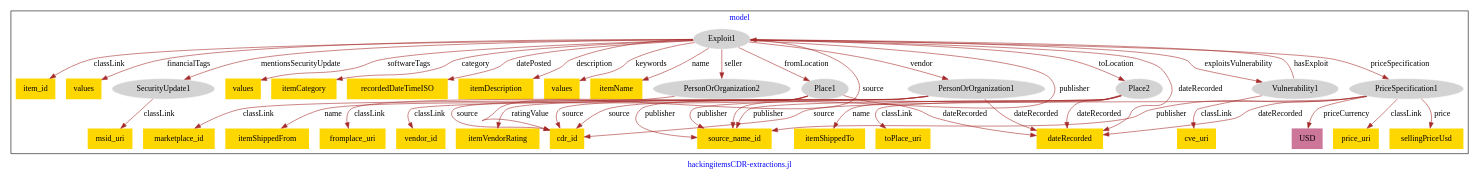
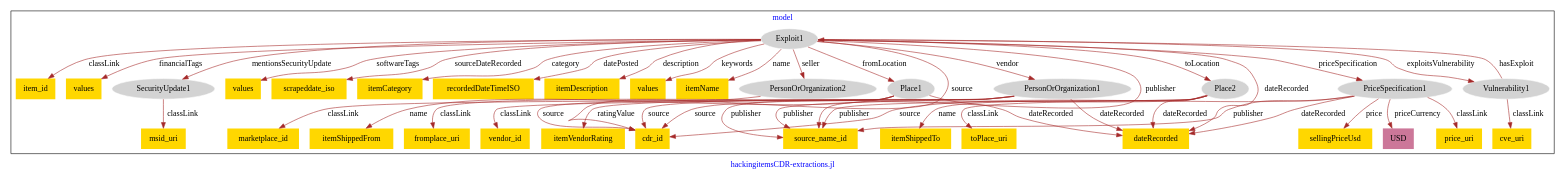
One commit to usc-isi-i2/effect-alignment changed the diagram in models/asu-hacking-items/hacking_items-model.dot. Above: the diagram before and after it, drawn with Graphviz.

Commit message:
Update file hacking_items-model.dot

```diff
--- a/models/asu-hacking-items/hacking_items-model.dot
+++ b/models/asu-hacking-items/hacking_items-model.dot
@@ -1,82 +1,84 @@
 digraph n0 {
 fontcolor="blue"
 remincross="true"
 label="hackingitemsCDR-extractions.jl"
 subgraph cluster {
 label="model"
 n2[style="filled",color="white",fillcolor="lightgray",label="Exploit1"];
 n3[shape="plaintext",style="filled",fillcolor="gold",label="item_id"];
 n4[shape="plaintext",style="filled",fillcolor="gold",label="values"];
 n5[style="filled",color="white",fillcolor="lightgray",label="SecurityUpdate1"];
 n6[shape="plaintext",style="filled",fillcolor="gold",label="values"];
-n7[shape="plaintext",style="filled",fillcolor="gold",label="itemCategory"];
-n8[shape="plaintext",style="filled",fillcolor="gold",label="recordedDateTimeISO"];
-n9[shape="plaintext",style="filled",fillcolor="gold",label="itemDescription"];
-n10[shape="plaintext",style="filled",fillcolor="gold",label="values"];
-n11[shape="plaintext",style="filled",fillcolor="gold",label="itemName"];
-n12[style="filled",color="white",fillcolor="lightgray",label="PersonOrOrganization1"];
-n13[shape="plaintext",style="filled",fillcolor="gold",label="vendor_id"];
-n14[shape="plaintext",style="filled",fillcolor="gold",label="itemVendorRating"];
-n15[shape="plaintext",style="filled",fillcolor="gold",label="cdr_id"];
-n16[style="filled",color="white",fillcolor="lightgray",label="PersonOrOrganization2"];
-n17[shape="plaintext",style="filled",fillcolor="gold",label="marketplace_id"];
-n18[shape="plaintext",style="filled",fillcolor="gold",label="msid_uri"];
-n19[style="filled",color="white",fillcolor="lightgray",label="Vulnerability1"];
-n20[shape="plaintext",style="filled",fillcolor="gold",label="cve_uri"];
-n21[style="filled",color="white",fillcolor="lightgray",label="Place1"];
-n22[shape="plaintext",style="filled",fillcolor="gold",label="fromplace_uri"];
-n23[shape="plaintext",style="filled",fillcolor="gold",label="itemShippedFrom"];
-n24[style="filled",color="white",fillcolor="lightgray",label="Place2"];
-n25[shape="plaintext",style="filled",fillcolor="gold",label="toPlace_uri"];
-n26[shape="plaintext",style="filled",fillcolor="gold",label="itemShippedTo"];
-n27[style="filled",color="white",fillcolor="lightgray",label="PriceSpecification1"];
-n28[shape="plaintext",style="filled",fillcolor="gold",label="price_uri"];
-n29[shape="plaintext",style="filled",fillcolor="gold",label="sellingPriceUsd"];
-n30[shape="plaintext",style="filled",fillcolor="#CC7799",label="USD"];
-n31[shape="plaintext",style="filled",fillcolor="gold",label="source_name_id"];
-n32[shape="plaintext",style="filled",fillcolor="gold",label="dateRecorded"];
+n7[shape="plaintext",style="filled",fillcolor="gold",label="scrapeddate_iso"];
+n8[shape="plaintext",style="filled",fillcolor="gold",label="itemCategory"];
+n9[shape="plaintext",style="filled",fillcolor="gold",label="recordedDateTimeISO"];
+n10[shape="plaintext",style="filled",fillcolor="gold",label="itemDescription"];
+n11[shape="plaintext",style="filled",fillcolor="gold",label="values"];
+n12[shape="plaintext",style="filled",fillcolor="gold",label="itemName"];
+n13[style="filled",color="white",fillcolor="lightgray",label="PersonOrOrganization1"];
+n14[shape="plaintext",style="filled",fillcolor="gold",label="vendor_id"];
+n15[shape="plaintext",style="filled",fillcolor="gold",label="itemVendorRating"];
+n16[shape="plaintext",style="filled",fillcolor="gold",label="cdr_id"];
+n17[style="filled",color="white",fillcolor="lightgray",label="PersonOrOrganization2"];
+n18[shape="plaintext",style="filled",fillcolor="gold",label="marketplace_id"];
+n19[shape="plaintext",style="filled",fillcolor="gold",label="msid_uri"];
+n20[style="filled",color="white",fillcolor="lightgray",label="Vulnerability1"];
+n21[shape="plaintext",style="filled",fillcolor="gold",label="cve_uri"];
+n22[style="filled",color="white",fillcolor="lightgray",label="Place1"];
+n23[shape="plaintext",style="filled",fillcolor="gold",label="fromplace_uri"];
+n24[shape="plaintext",style="filled",fillcolor="gold",label="itemShippedFrom"];
+n25[style="filled",color="white",fillcolor="lightgray",label="Place2"];
+n26[shape="plaintext",style="filled",fillcolor="gold",label="toPlace_uri"];
+n27[shape="plaintext",style="filled",fillcolor="gold",label="itemShippedTo"];
+n28[style="filled",color="white",fillcolor="lightgray",label="PriceSpecification1"];
+n29[shape="plaintext",style="filled",fillcolor="gold",label="price_uri"];
+n30[shape="plaintext",style="filled",fillcolor="gold",label="sellingPriceUsd"];
+n31[shape="plaintext",style="filled",fillcolor="#CC7799",label="USD"];
+n32[shape="plaintext",style="filled",fillcolor="gold",label="source_name_id"];
+n33[shape="plaintext",style="filled",fillcolor="gold",label="dateRecorded"];
 }
 n2 -> n3[color="brown",fontcolor="black",label="classLink"]
 n2 -> n4[color="brown",fontcolor="black",label="financialTags"]
 n2 -> n5[color="brown",fontcolor="black",label="mentionsSecurityUpdate"]
 n2 -> n6[color="brown",fontcolor="black",label="softwareTags"]
-n2 -> n7[color="brown",fontcolor="black",label="category"]
-n2 -> n8[color="brown",fontcolor="black",label="datePosted"]
-n2 -> n9[color="brown",fontcolor="black",label="description"]
-n2 -> n10[color="brown",fontcolor="black",label="keywords"]
-n2 -> n11[color="brown",fontcolor="black",label="name"]
-n12 -> n13[color="brown",fontcolor="black",label="classLink"]
-n12 -> n14[color="brown",fontcolor="black",label="ratingValue"]
-n12 -> n15[color="brown",fontcolor="black",label="source"]
-n16 -> n17[color="brown",fontcolor="black",label="classLink"]
-n5 -> n18[color="brown",fontcolor="black",label="classLink"]
-n19 -> n20[color="brown",fontcolor="black",label="classLink"]
-n21 -> n22[color="brown",fontcolor="black",label="classLink"]
-n21 -> n23[color="brown",fontcolor="black",label="name"]
-n21 -> n15[color="brown",fontcolor="black",label="source"]
-n24 -> n25[color="brown",fontcolor="black",label="classLink"]
-n24 -> n26[color="brown",fontcolor="black",label="name"]
-n24 -> n15[color="brown",fontcolor="black",label="source"]
-n27 -> n28[color="brown",fontcolor="black",label="classLink"]
-n27 -> n29[color="brown",fontcolor="black",label="price"]
-n27 -> n30[color="brown",fontcolor="black",label="priceCurrency"]
-n27 -> n15[color="brown",fontcolor="black",label="source"]
-n2 -> n27[color="brown",fontcolor="black",label="priceSpecification"]
-n2 -> n24[color="brown",fontcolor="black",label="toLocation"]
-n12 -> n31[color="brown",fontcolor="black",label="publisher"]
-n12 -> n32[color="brown",fontcolor="black",label="dateRecorded"]
-n2 -> n21[color="brown",fontcolor="black",label="fromLocation"]
-n21 -> n31[color="brown",fontcolor="black",label="publisher"]
-n19 -> n2[color="brown",fontcolor="black",label="hasExploit"]
-n2 -> n19[color="brown",fontcolor="black",label="exploitsVulnerability"]
-n2 -> n31[color="brown",fontcolor="black",label="publisher"]
-n2 -> n16[color="brown",fontcolor="black",label="seller"]
-n2 -> n15[color="brown",fontcolor="black",label="source"]
-n21 -> n32[color="brown",fontcolor="black",label="dateRecorded"]
-n2 -> n12[color="brown",fontcolor="black",label="vendor"]
-n27 -> n31[color="brown",fontcolor="black",label="publisher"]
-n24 -> n31[color="brown",fontcolor="black",label="publisher"]
-n2 -> n32[color="brown",fontcolor="black",label="dateRecorded"]
-n27 -> n32[color="brown",fontcolor="black",label="dateRecorded"]
-n24 -> n32[color="brown",fontcolor="black",label="dateRecorded"]
+n2 -> n7[color="brown",fontcolor="black",label="sourceDateRecorded"]
+n2 -> n8[color="brown",fontcolor="black",label="category"]
+n2 -> n9[color="brown",fontcolor="black",label="datePosted"]
+n2 -> n10[color="brown",fontcolor="black",label="description"]
+n2 -> n11[color="brown",fontcolor="black",label="keywords"]
+n2 -> n12[color="brown",fontcolor="black",label="name"]
+n13 -> n14[color="brown",fontcolor="black",label="classLink"]
+n13 -> n15[color="brown",fontcolor="black",label="ratingValue"]
+n13 -> n16[color="brown",fontcolor="black",label="source"]
+n17 -> n18[color="brown",fontcolor="black",label="classLink"]
+n5 -> n19[color="brown",fontcolor="black",label="classLink"]
+n20 -> n21[color="brown",fontcolor="black",label="classLink"]
+n22 -> n23[color="brown",fontcolor="black",label="classLink"]
+n22 -> n24[color="brown",fontcolor="black",label="name"]
+n22 -> n16[color="brown",fontcolor="black",label="source"]
+n25 -> n26[color="brown",fontcolor="black",label="classLink"]
+n25 -> n27[color="brown",fontcolor="black",label="name"]
+n25 -> n16[color="brown",fontcolor="black",label="source"]
+n28 -> n29[color="brown",fontcolor="black",label="classLink"]
+n28 -> n30[color="brown",fontcolor="black",label="price"]
+n28 -> n31[color="brown",fontcolor="black",label="priceCurrency"]
+n28 -> n16[color="brown",fontcolor="black",label="source"]
+n2 -> n28[color="brown",fontcolor="black",label="priceSpecification"]
+n2 -> n25[color="brown",fontcolor="black",label="toLocation"]
+n13 -> n32[color="brown",fontcolor="black",label="publisher"]
+n13 -> n33[color="brown",fontcolor="black",label="dateRecorded"]
+n2 -> n22[color="brown",fontcolor="black",label="fromLocation"]
+n22 -> n32[color="brown",fontcolor="black",label="publisher"]
+n20 -> n2[color="brown",fontcolor="black",label="hasExploit"]
+n2 -> n20[color="brown",fontcolor="black",label="exploitsVulnerability"]
+n2 -> n32[color="brown",fontcolor="black",label="publisher"]
+n2 -> n17[color="brown",fontcolor="black",label="seller"]
+n2 -> n16[color="brown",fontcolor="black",label="source"]
+n22 -> n33[color="brown",fontcolor="black",label="dateRecorded"]
+n2 -> n13[color="brown",fontcolor="black",label="vendor"]
+n28 -> n32[color="brown",fontcolor="black",label="publisher"]
+n2 -> n33[color="brown",fontcolor="black",label="dateRecorded"]
+n25 -> n32[color="brown",fontcolor="black",label="publisher"]
+n25 -> n33[color="brown",fontcolor="black",label="dateRecorded"]
+n28 -> n33[color="brown",fontcolor="black",label="dateRecorded"]
 }
```
